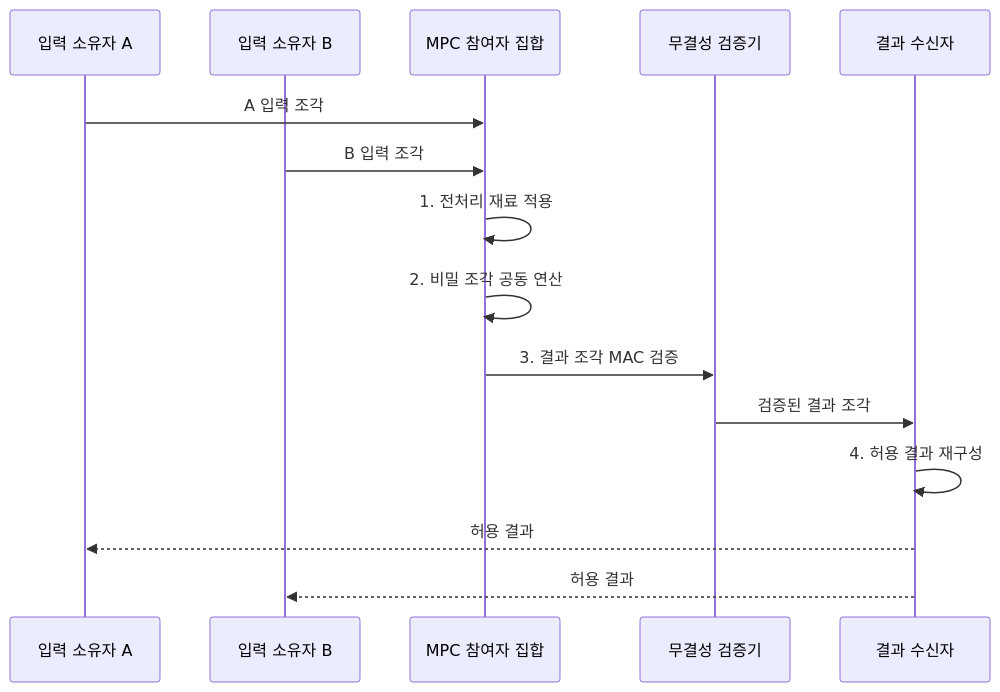
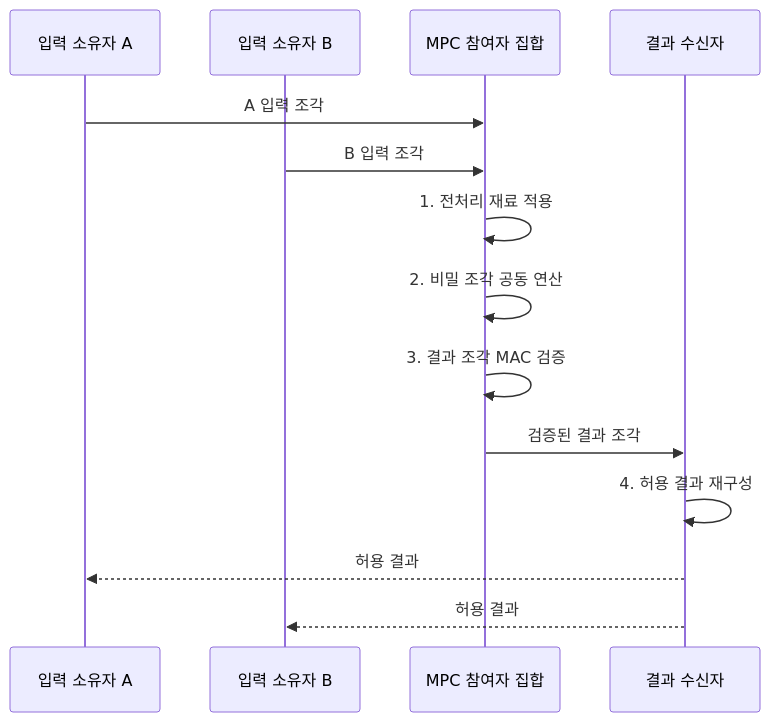
The second of 2 diagrams in src/content/docs/notes/05-security/017_secure_multi_party_computation.md (agnusdei1207/knowledge-base), drawn with Mermaid before and after one commit. The commit also changed 6 other files, not shown here.

Commit message:
Simplify security sequence participants

````diff
--- a/src/content/docs/notes/05-security/017_secure_multi_party_computation.md
+++ b/src/content/docs/notes/05-security/017_secure_multi_party_computation.md
@@ -104,17 +104,16 @@
 ```mermaid
 sequenceDiagram
     participant A as 입력 소유자 A
     participant B as 입력 소유자 B
     participant M as MPC 참여자 집합
-    participant V as 무결성 검증기
     participant R as 결과 수신자
     A->>M: A 입력 조각
     B->>M: B 입력 조각
     M->>M: 1. 전처리 재료 적용
     M->>M: 2. 비밀 조각 공동 연산
-    M->>V: 3. 결과 조각 MAC 검증
-    V->>R: 검증된 결과 조각
+    M->>M: 3. 결과 조각 MAC 검증
+    M->>R: 검증된 결과 조각
     R->>R: 4. 허용 결과 재구성
     R-->>A: 허용 결과
     R-->>B: 허용 결과
 ```
````
